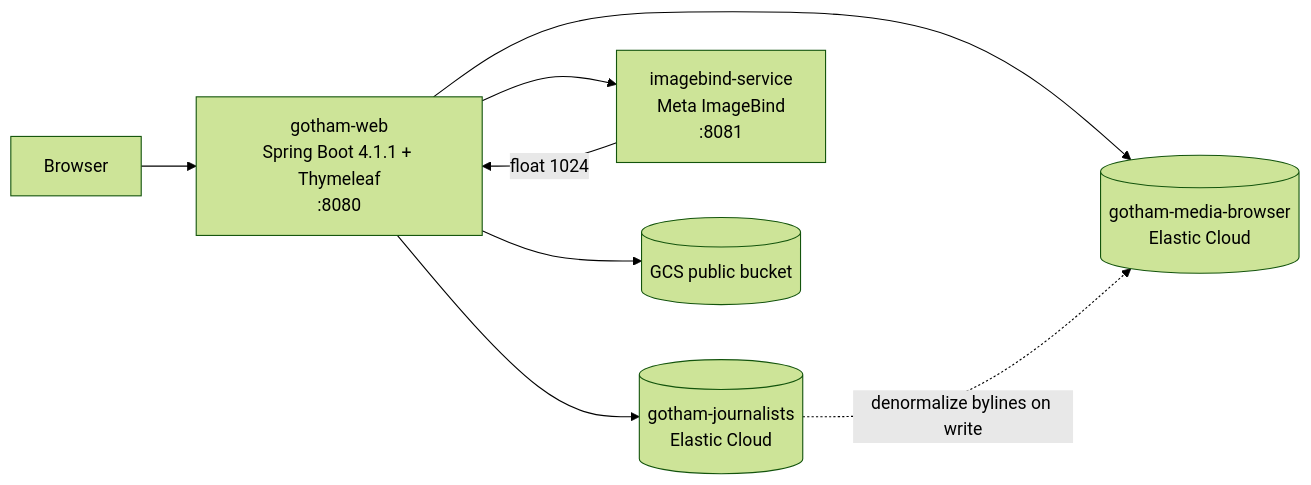
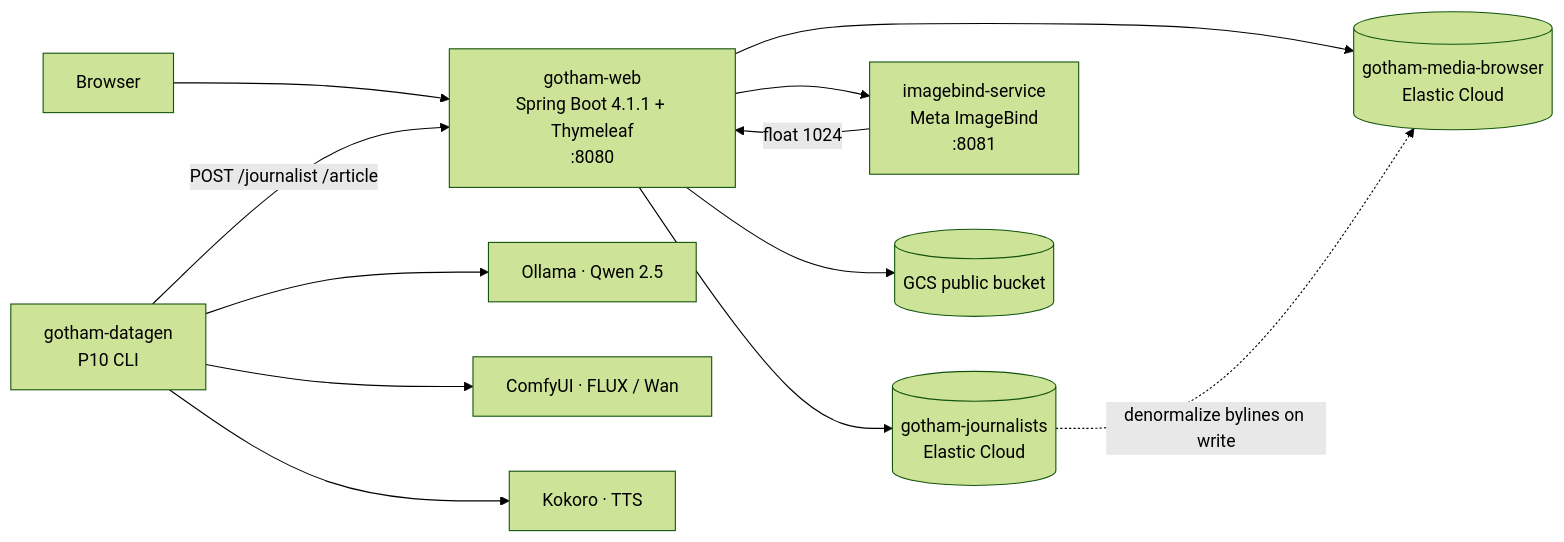
Before and after one commit to bigfito/gotham-media-browser: the first of 4 diagrams in docs/architecture-end-to-end.md, drawn with Mermaid (forest theme). The commit also changed other lines of this file and 6 other files, not shown here.

````diff
--- a/docs/architecture-end-to-end.md
+++ b/docs/architecture-end-to-end.md
@@ -32,10 +33,14 @@
 ```mermaid
 flowchart LR
   U[Browser] --> WEB[gotham-web<br/>Spring Boot 4.1.1 + Thymeleaf<br/>:8080]
+  DG[gotham-datagen<br/>P10 CLI] -->|POST /journalist /article| WEB
+  DG --> OLL[Ollama · Qwen 2.5]
+  DG --> CFY[ComfyUI · FLUX / Wan]
+  DG --> KOK[Kokoro · TTS]
   WEB --> JI[(gotham-journalists<br/>Elastic Cloud)]
   WEB --> AI[(gotham-media-browser<br/>Elastic Cloud)]
   WEB --> IB[imagebind-service<br/>Meta ImageBind<br/>:8081]
   WEB --> GCS[(GCS public bucket)]
   JI -.->|denormalize bylines on write| AI
   IB -->|float 1024| WEB
 ```
````
